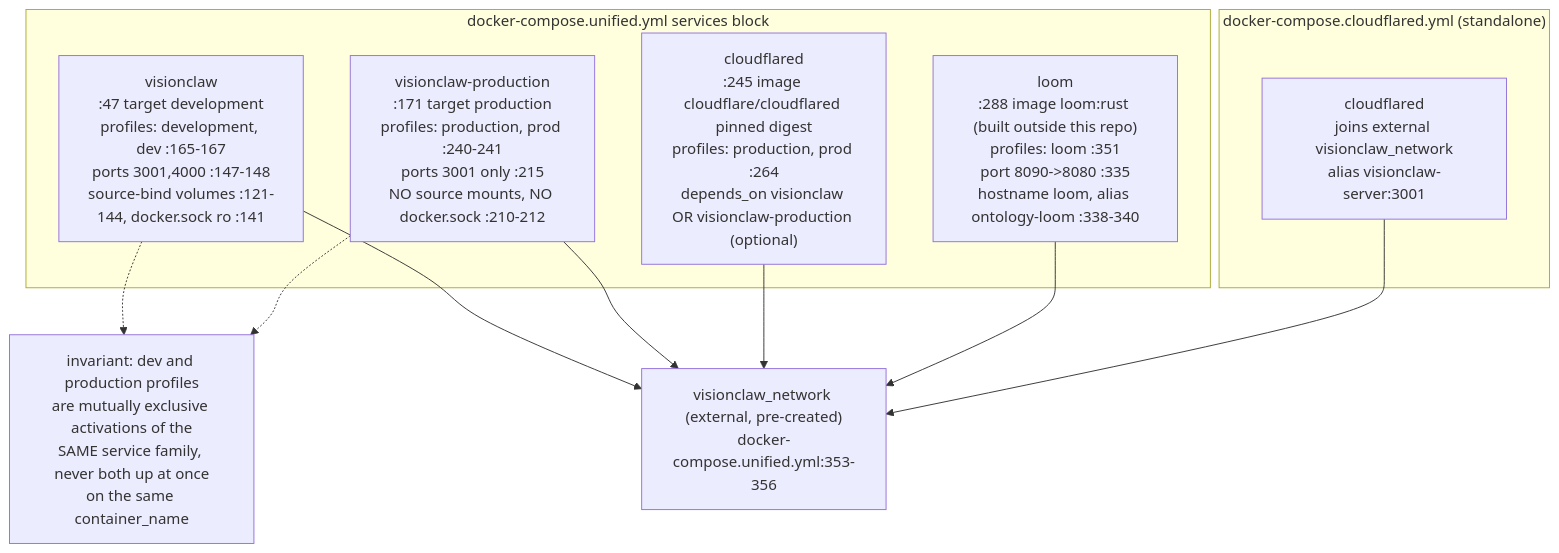
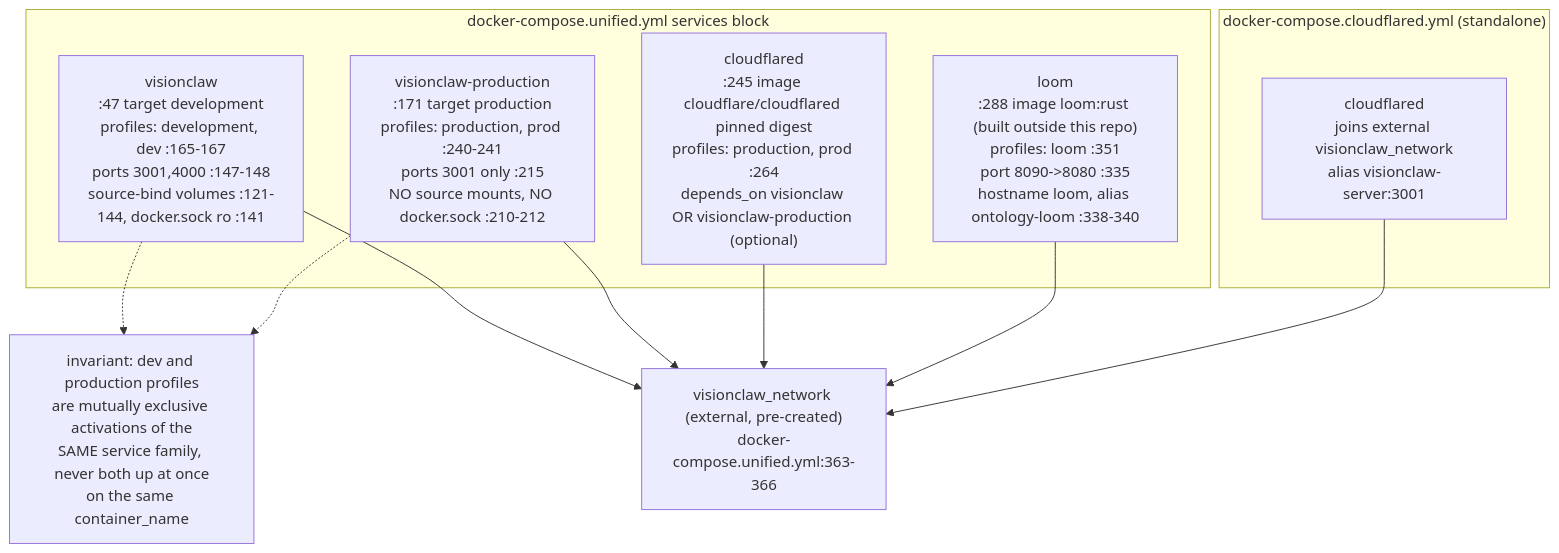
Before and after one commit to DreamLab-AI/AR-AI-Knowledge-Graph: the eighth of 19 diagrams in docs/diagrams/estate/09-build-deploy-and-ci-estate.md, drawn with Mermaid. The commit also changed other lines of this file and 73 other files, not shown here.

First line of the commit message:
docs(diagrams): re-verify all 71 topic files against HEAD; add --cite-check

````diff
--- a/docs/diagrams/estate/09-build-deploy-and-ci-estate.md
+++ b/docs/diagrams/estate/09-build-deploy-and-ci-estate.md
@@ -281,23 +281,23 @@
 ```mermaid
 flowchart TB
     subgraph PROFILES["docker-compose.unified.yml services block"]
         DEVSVC["visionclaw<br/>:47 target development<br/>profiles: development, dev :165-167<br/>ports 3001,4000 :147-148<br/>source-bind volumes :121-144, docker.sock ro :141"]
         PRODSVC["visionclaw-production<br/>:171 target production<br/>profiles: production, prod :240-241<br/>ports 3001 only :215<br/>NO source mounts, NO docker.sock :210-212"]
         CLOUDFLARED["cloudflared<br/>:245 image cloudflare/cloudflared pinned digest<br/>profiles: production, prod :264<br/>depends_on visionclaw OR visionclaw-production (optional)"]
         LOOM["loom<br/>:288 image loom:rust (built outside this repo)<br/>profiles: loom :351<br/>port 8090->8080 :335<br/>hostname loom, alias ontology-loom :338-340"]
     end
     subgraph EXTFILE["docker-compose.cloudflared.yml (standalone)"]
         CFSTANDALONE["cloudflared<br/>joins external visionclaw_network<br/>alias visionclaw-server:3001"]
     end
-    NET["visionclaw_network (external, pre-created)<br/>docker-compose.unified.yml:353-356"]
+    NET["visionclaw_network (external, pre-created)<br/>docker-compose.unified.yml:363-366"]
 
     DEVSVC --> NET
     PRODSVC --> NET
     CLOUDFLARED --> NET
     LOOM --> NET
     CFSTANDALONE --> NET
 
     GATE["invariant: dev and production profiles<br/>are mutually exclusive activations of the<br/>SAME service family, never both up at once<br/>on the same container_name"]
     DEVSVC -.-> GATE
     PRODSVC -.-> GATE
 ```
````
